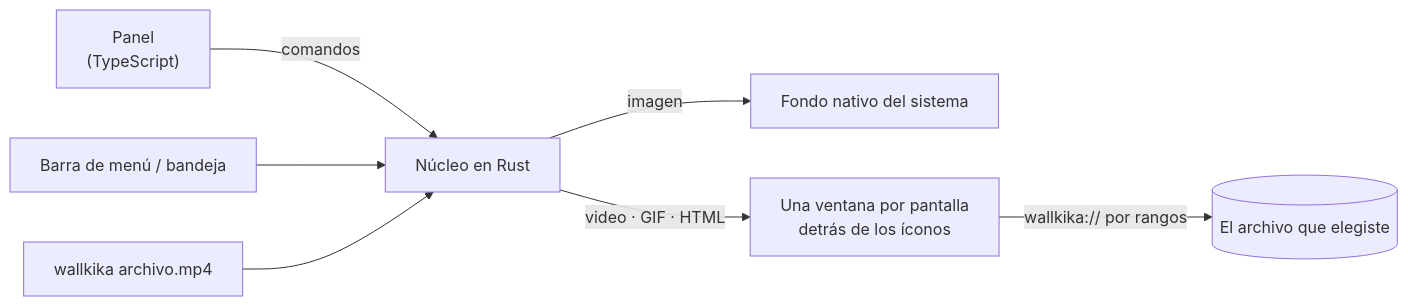
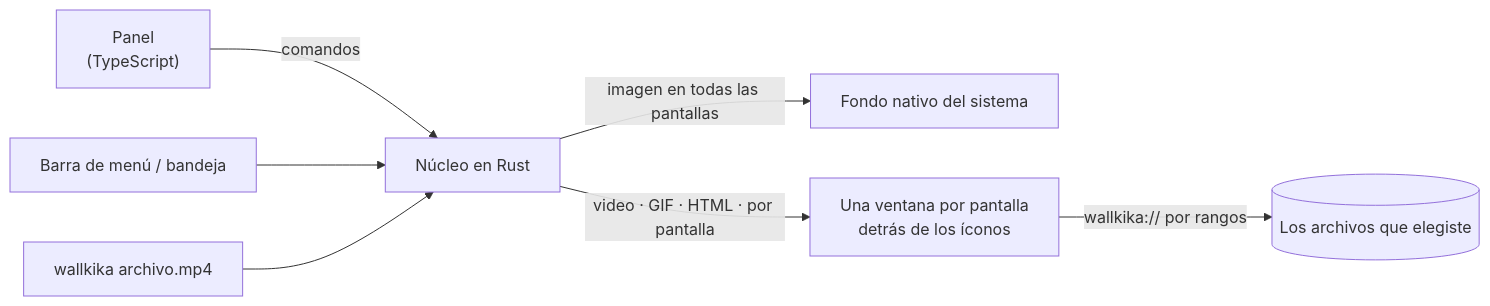
Before and after one commit to cristiandjr/wallkika: the diagram in README.es.md, drawn with Mermaid. The commit also changed other lines of this file and 26 other files, not shown here.

````diff
--- a/README.es.md
+++ b/README.es.md
@@ -70,9 +92,9 @@
 ```mermaid
 flowchart LR
     Panel["Panel<br/>(TypeScript)"] -->|comandos| Engine
     Tray["Barra de menú / bandeja"] --> Engine
     CLI["wallkika archivo.mp4"] --> Engine
-    Engine["Núcleo en Rust"] -->|imagen| Native["Fondo nativo del sistema"]
-    Engine -->|"video · GIF · HTML"| Live["Una ventana por pantalla<br/>detrás de los íconos"]
-    Live -->|"wallkika:// por rangos"| Files[("El archivo que elegiste")]
+    Engine["Núcleo en Rust"] -->|"imagen en todas las pantallas"| Native["Fondo nativo del sistema"]
+    Engine -->|"video · GIF · HTML · por pantalla"| Live["Una ventana por pantalla<br/>detrás de los íconos"]
+    Live -->|"wallkika:// por rangos"| Files[("Los archivos que elegiste")]
 ```
````
